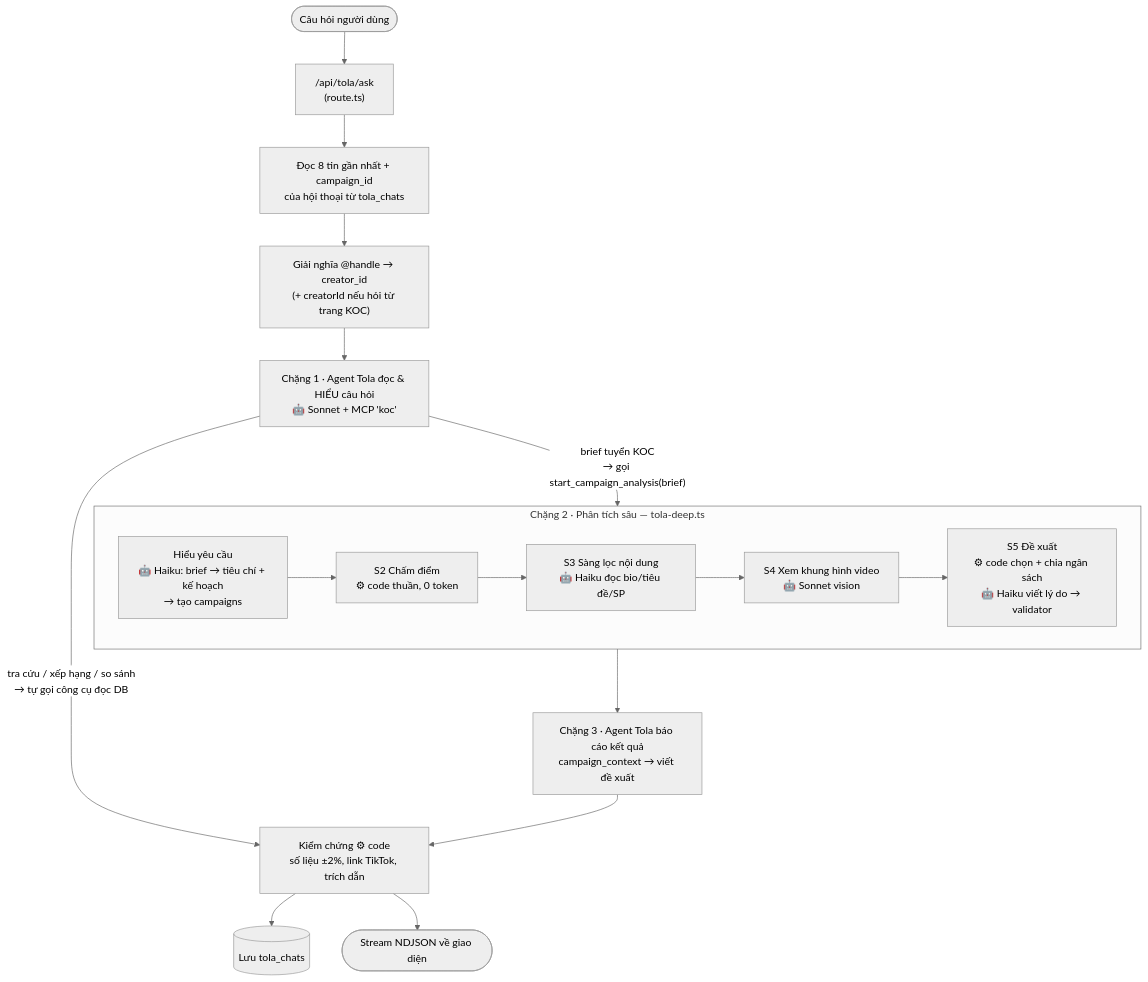
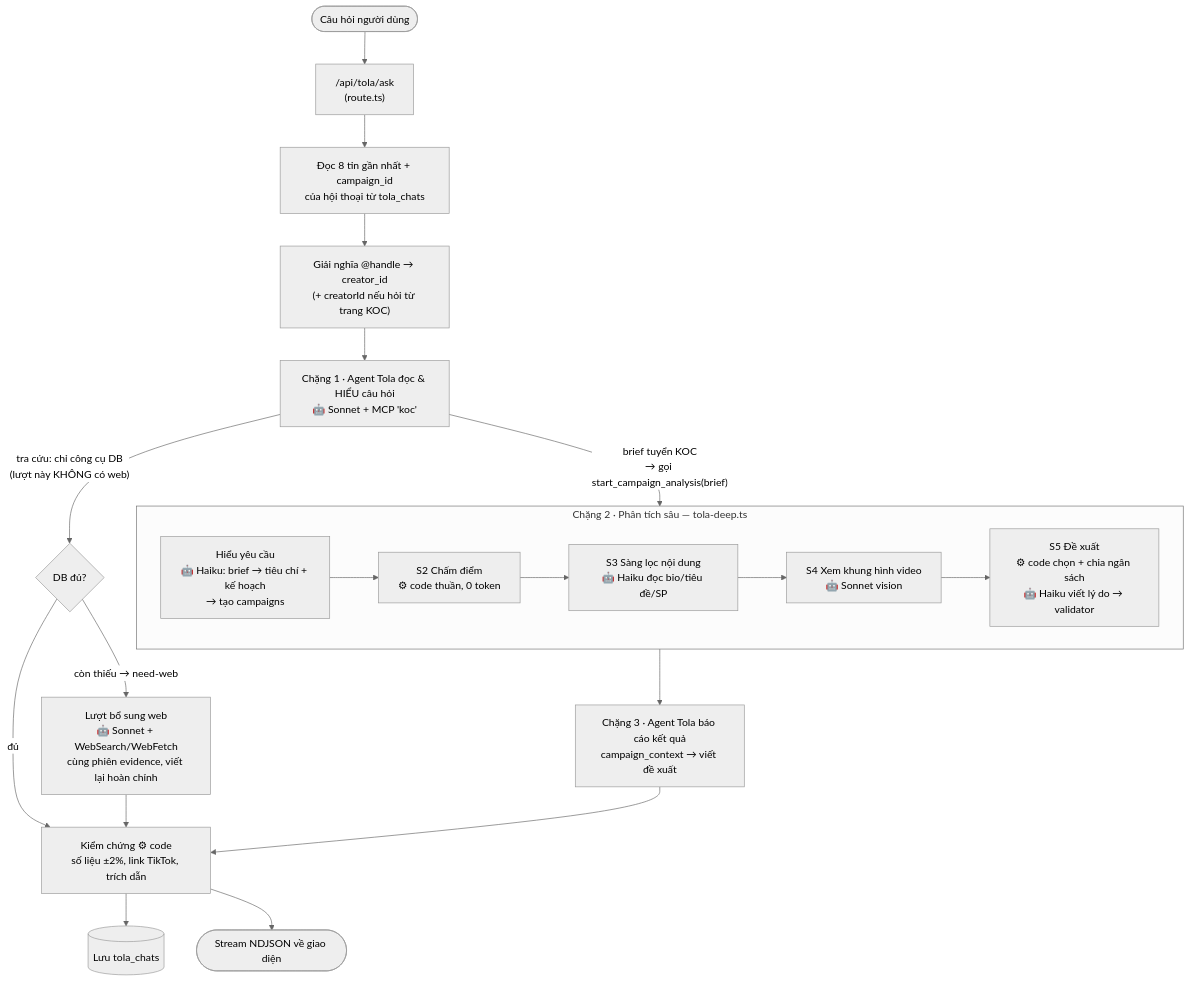
Before and after one commit to chungit201/ai-koc-discovery: the diagram in docs/diagrams/tola-luot-hoi.mmd, drawn with Mermaid (neutral theme). The commit also changed 41 other files, not shown here.

```diff
--- a/docs/diagrams/tola-luot-hoi.mmd
+++ b/docs/diagrams/tola-luot-hoi.mmd
@@ -1,19 +1,22 @@
 flowchart TD
   U([Câu hỏi người dùng]) --> R["/api/tola/ask<br/>(route.ts)"]
   R --> H[Đọc 8 tin gần nhất + campaign_id<br/>của hội thoại từ tola_chats]
   H --> M["Giải nghĩa @handle → creator_id<br/>(+ creatorId nếu hỏi từ trang KOC)"]
   M --> AG1["Chặng 1 · Agent Tola đọc & HIỂU câu hỏi<br/>🤖 Sonnet + MCP 'koc'"]
-  AG1 -- "tra cứu / xếp hạng / so sánh<br/>→ tự gọi công cụ đọc DB" --> V
+  AG1 -- "tra cứu: chỉ công cụ DB<br/>(lượt này KHÔNG có web)" --> NW{DB đủ?}
+  NW -- "đủ" --> V
+  NW -- "còn thiếu → need-web" --> W["Lượt bổ sung web<br/>🤖 Sonnet + WebSearch/WebFetch<br/>cùng phiên evidence, viết lại hoàn chỉnh"]
+  W --> V
   AG1 -- "brief tuyển KOC<br/>→ gọi start_campaign_analysis(brief)" --> D
 
   subgraph D [Chặng 2 · Phân tích sâu — tola-deep.ts]
     D1["Hiểu yêu cầu<br/>🤖 Haiku: brief → tiêu chí + kế hoạch<br/>→ tạo campaigns"] --> D2["S2 Chấm điểm<br/>⚙ code thuần, 0 token"]
     D2 --> D3["S3 Sàng lọc nội dung<br/>🤖 Haiku đọc bio/tiêu đề/SP"]
     D3 --> D4["S4 Xem khung hình video<br/>🤖 Sonnet vision"]
     D4 --> D5["S5 Đề xuất<br/>⚙ code chọn + chia ngân sách<br/>🤖 Haiku viết lý do → validator"]
   end
   D --> AG3["Chặng 3 · Agent Tola báo cáo kết quả<br/>campaign_context → viết đề xuất"]
   AG3 --> V
 
   V["Kiểm chứng ⚙ code<br/>số liệu ±2%, link TikTok, trích dẫn"] --> S[(Lưu tola_chats)]
   V --> UI([Stream NDJSON về giao diện])
```
